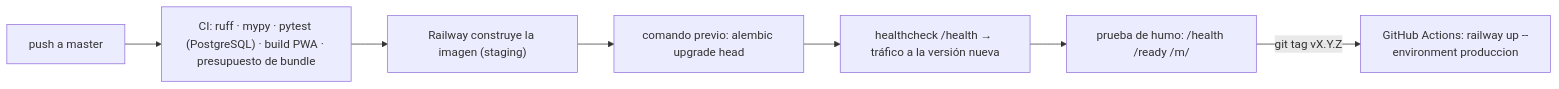
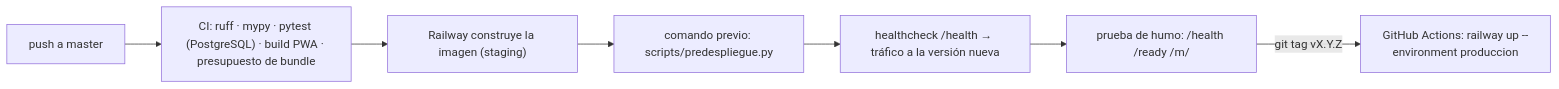
The diagram in docs/plan/05_Operacion.md (KlvinLopez/carta), drawn with Mermaid before and after one commit. The commit also changed other lines of this file and 12 other files, not shown here.

````diff
--- a/docs/plan/05_Operacion.md
+++ b/docs/plan/05_Operacion.md
@@ -33,9 +33,9 @@
 ```mermaid
 flowchart LR
   A["push a master"] --> B["CI: ruff · mypy · pytest (PostgreSQL) · build PWA · presupuesto de bundle"]
   B --> C["Railway construye la imagen (staging)"]
-  C --> D["comando previo: alembic upgrade head"]
+  C --> D["comando previo: scripts/predespliegue.py"]
   D --> E["healthcheck /health → tráfico a la versión nueva"]
   E --> F["prueba de humo: /health /ready /m/<codigo-semilla>"]
   F -->|"git tag vX.Y.Z"| G["GitHub Actions: railway up --environment produccion"]
 ```
````
